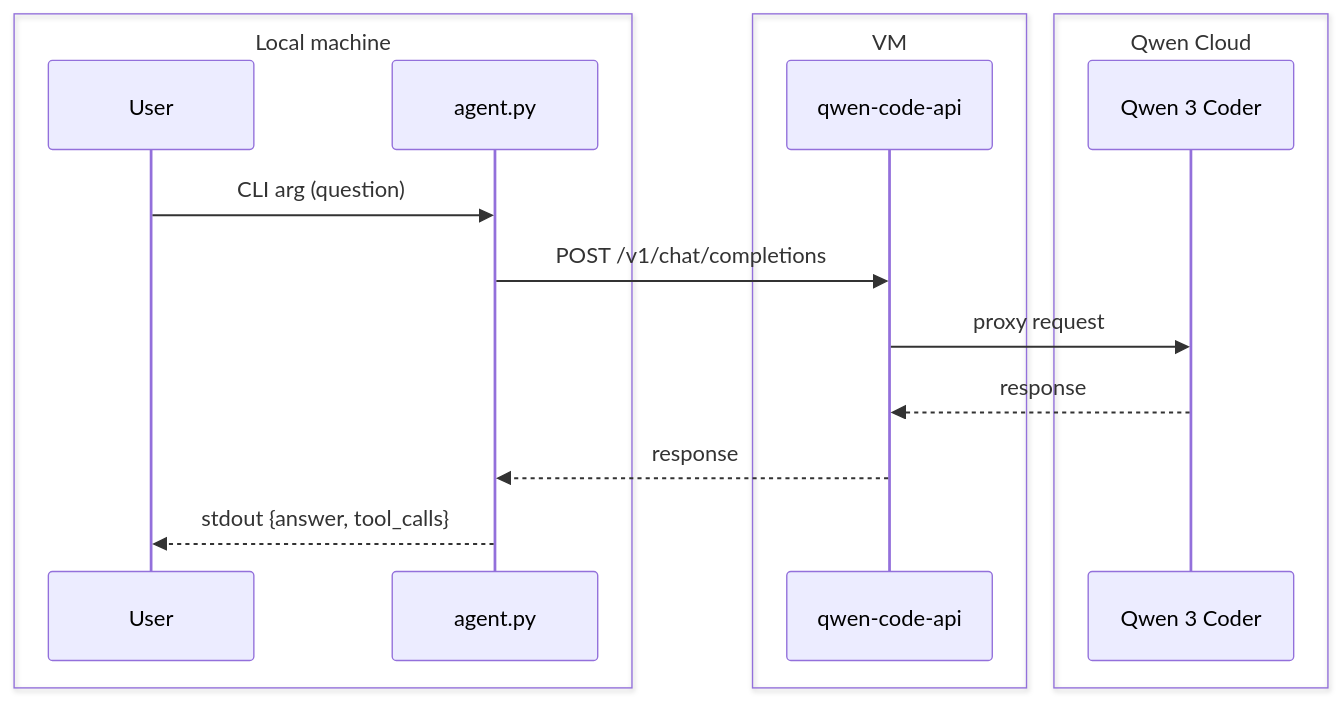
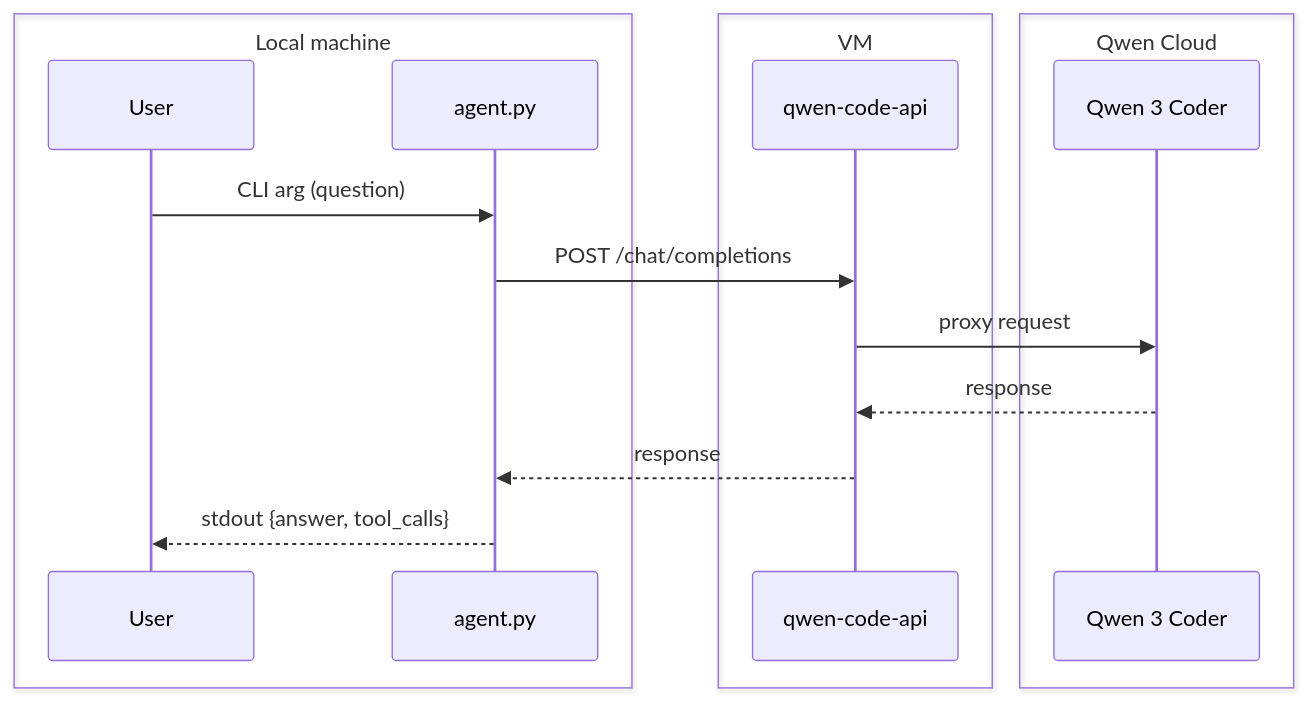
Before and after one commit to shefyo/se-toolkit-lab-8: the diagram in lab/tasks/required/task-1.md, drawn with Mermaid.

Commit message:
fix(tasks): endpoint

````diff
--- a/lab/tasks/required/task-1.md
+++ b/lab/tasks/required/task-1.md
@@ -9,20 +9,20 @@
 ```mermaid
 sequenceDiagram
     box Local machine
         participant User
         participant agent.py
     end
     box VM
         participant Proxy as qwen-code-api
     end
     box Qwen Cloud
         participant LLM as Qwen 3 Coder
     end
 
     User->>agent.py: CLI arg (question)
-    agent.py->>Proxy: POST /v1/chat/completions
+    agent.py->>Proxy: POST /chat/completions
     Proxy->>LLM: proxy request
     LLM-->>Proxy: response
     Proxy-->>agent.py: response
     agent.py-->>User: stdout {answer, tool_calls}
 ```
````
